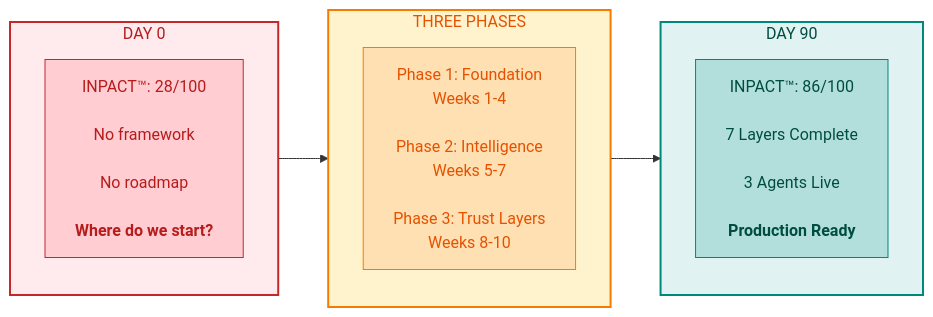
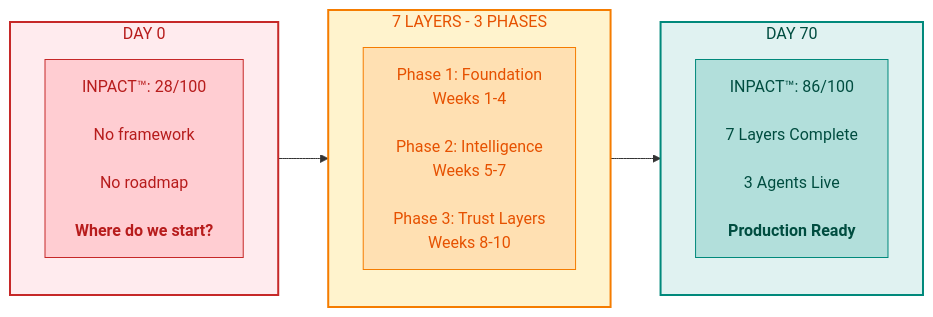
The first of 4 diagrams in manuscript/04_chapter_3_from_bi_to_agent.md (colaberry/trust-before-intelligence-book), drawn with Mermaid before and after one commit. The commit also changed other lines of this file, not shown here.

Commit message:
cleaning up welcome diagram
cleaning up welcome diagram

````diff
--- a/manuscript/04_chapter_3_from_bi_to_agent.md
+++ b/manuscript/04_chapter_3_from_bi_to_agent.md
@@ -6,28 +6,28 @@
 ```mermaid
 
 graph LR
     subgraph BEFORE["DAY 0"]
         direction TB
         B1["INPACT™: 28/100<br/><br/>No framework<br/><br/>No roadmap<br/><br/><b>Where do we start?</b>"]
     end
     
-    subgraph PHASES["THREE PHASES"]
+    subgraph PHASES["7 LAYERS - 3 PHASES"]
         direction TB
         P1["Phase 1: Foundation<br/>Weeks 1-4<br/><br/>Phase 2: Intelligence<br/>Weeks 5-7<br/><br/>Phase 3: Trust Layers<br/>Weeks 8-10"]
     end
     
-    subgraph AFTER["DAY 90"]
+    subgraph AFTER["DAY 70"]
         direction TB
         A1["INPACT™: 86/100<br/><br/>7 Layers Complete<br/><br/>3 Agents Live<br/><br/><b>Production Ready</b>"]
     end
     
     BEFORE --> PHASES --> AFTER
     
     style BEFORE fill:#ffebee,stroke:#c62828,stroke-width:2px,color:#b71c1c
     style PHASES fill:#fff3cd,stroke:#f57c00,stroke-width:2px,color:#e65100
     style AFTER fill:#e0f2f1,stroke:#00897b,stroke-width:2px,color:#004d40
     style B1 fill:#ffcdd2,stroke:#c62828,color:#b71c1c
     style P1 fill:#ffe0b2,stroke:#f57c00,color:#e65100
     style A1 fill:#b2dfdb,stroke:#00897b,color:#004d40
 
 ```
````
